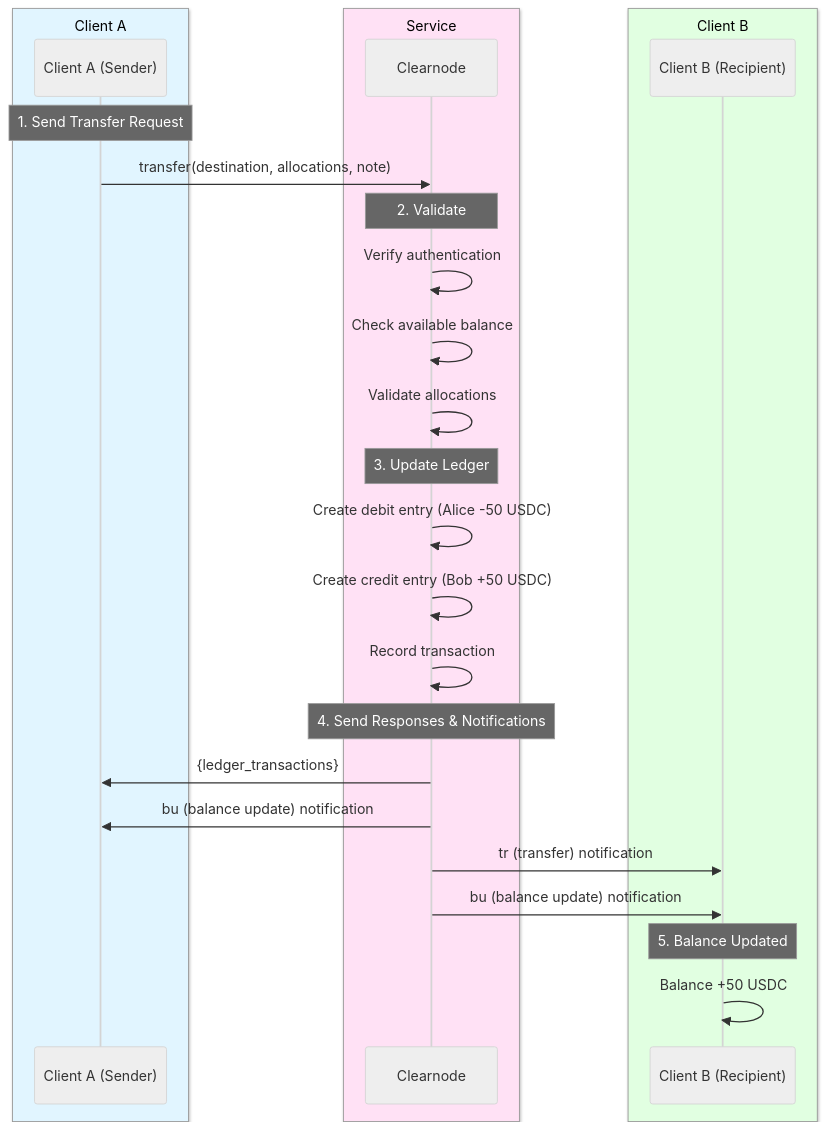
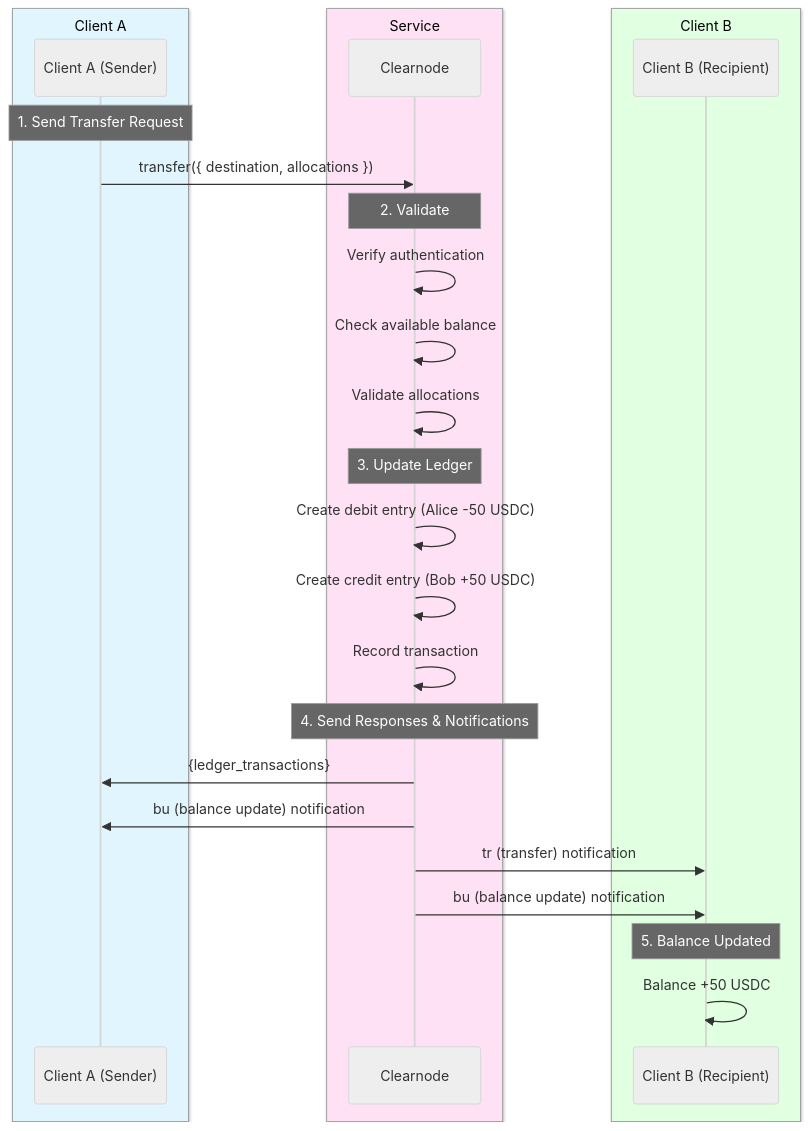
The diagram in docs/protocol/off-chain/transfers.mdx (layer-3/docs), drawn with Mermaid (neutral theme) before and after one commit. The commit also changed other lines of this file and 11 other files, not shown here.

````diff
--- a/docs/protocol/off-chain/transfers.mdx
+++ b/docs/protocol/off-chain/transfers.mdx
@@ -158,35 +158,35 @@
 ```mermaid
 sequenceDiagram
     box rgb(225,245,255) Client A
         participant Alice as Client A (Sender)
     end
     box rgb(255,225,245) Service
         participant Clearnode
     end
     box rgb(225,255,225) Client B
         participant Bob as Client B (Recipient)
     end
 
     Note over Alice: 1. Send Transfer Request
-    Alice->>Clearnode: transfer(destination, allocations, note)
+    Alice->>Clearnode: transfer({ destination, allocations })
 
     Note over Clearnode: 2. Validate
     Clearnode->>Clearnode: Verify authentication
     Clearnode->>Clearnode: Check available balance
     Clearnode->>Clearnode: Validate allocations
 
     Note over Clearnode: 3. Update Ledger
     Clearnode->>Clearnode: Create debit entry (Alice -50 USDC)
     Clearnode->>Clearnode: Create credit entry (Bob +50 USDC)
     Clearnode->>Clearnode: Record transaction
 
     Note over Clearnode: 4. Send Responses & Notifications
     Clearnode->>Alice: {ledger_transactions}
     Clearnode->>Alice: bu (balance update) notification
     Clearnode->>Bob: tr (transfer) notification
     Clearnode->>Bob: bu (balance update) notification
 
     Note over Bob: 5. Balance Updated
     Bob->>Bob: Balance +50 USDC
 
 ```
````
